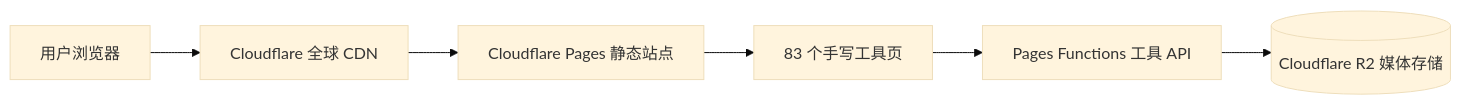
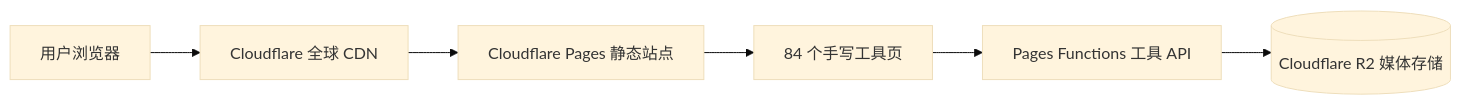
One commit to YupenBob/clover-tools changed the diagram in README.md. Above: the diagram before and after it, drawn with Mermaid (base theme). The commit also changed other lines of this file and 29 other files, not shown here.

Commit message:
feat(tool): add 图片压缩 (image-compress)

````diff
--- a/README.md
+++ b/README.md
@@ -62,8 +62,8 @@
 ```mermaid
 flowchart LR
   U[用户浏览器] --> CF[Cloudflare 全球 CDN]
   CF --> P[Cloudflare Pages 静态站点]
-  P --> T[83 个手写工具页]
+  P --> T[84 个手写工具页]
   T --> F[Pages Functions 工具 API]
   F --> R2[(Cloudflare R2 媒体存储)]
 ```
````
